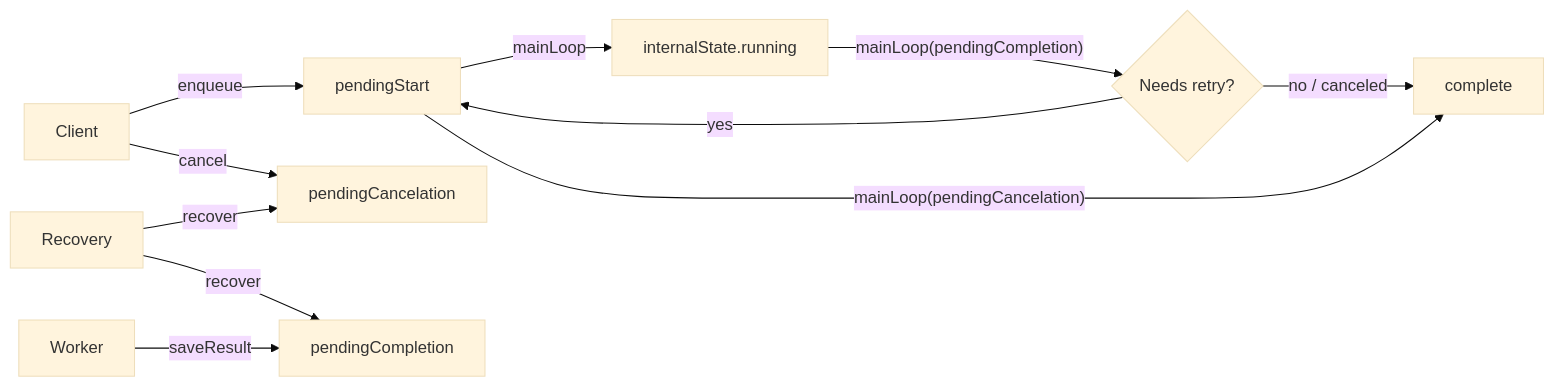
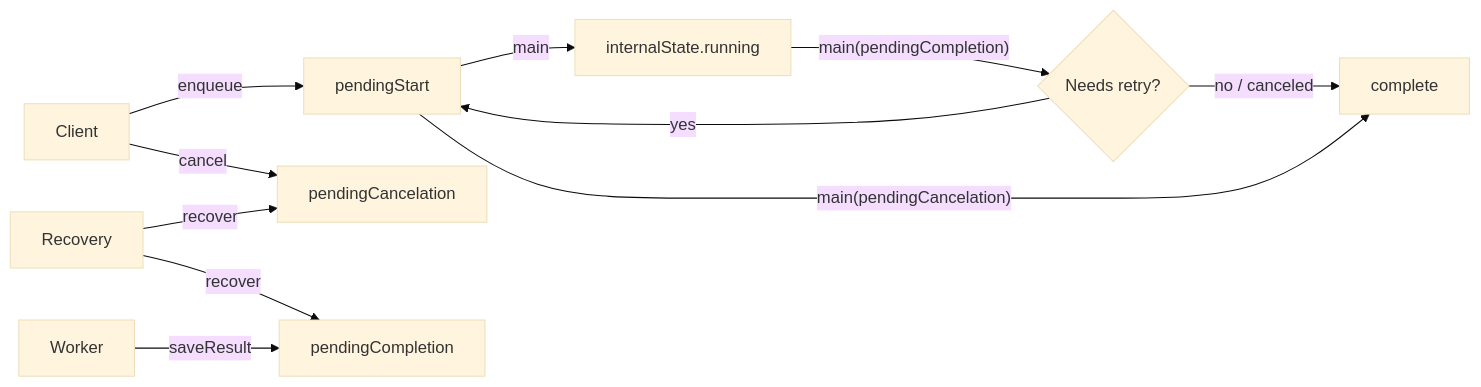
One commit to get-convex/workpool changed the first of 2 diagrams in src/component/README.md. Above: the diagram before and after it, drawn with Mermaid (base theme). The commit also changed other lines of this file and 4 other files, not shown here.

````diff
--- a/src/component/README.md
+++ b/src/component/README.md
@@ -24,13 +24,13 @@
 ```mermaid
 flowchart LR
     Client -->|enqueue| pendingStart
     Client -->|cancel| pendingCancelation
     Recovery-->|recover| pendingCancelation
     Recovery-->|recover| pendingCompletion
     Worker-->|"saveResult"| pendingCompletion
-    pendingStart -->|mainLoop| workerRunning["internalState.running"]
-    workerRunning-->|"mainLoop(pendingCompletion)"| Retry{"Needs retry?"}
+    pendingStart -->|main| workerRunning["internalState.running"]
+    workerRunning-->|"main(pendingCompletion)"| Retry{"Needs retry?"}
     Retry-->|"no / canceled"| complete
     Retry-->|yes| pendingStart
-    pendingStart-->|"mainLoop(pendingCancelation)"| complete
+    pendingStart-->|"main(pendingCancelation)"| complete
 ```
````
